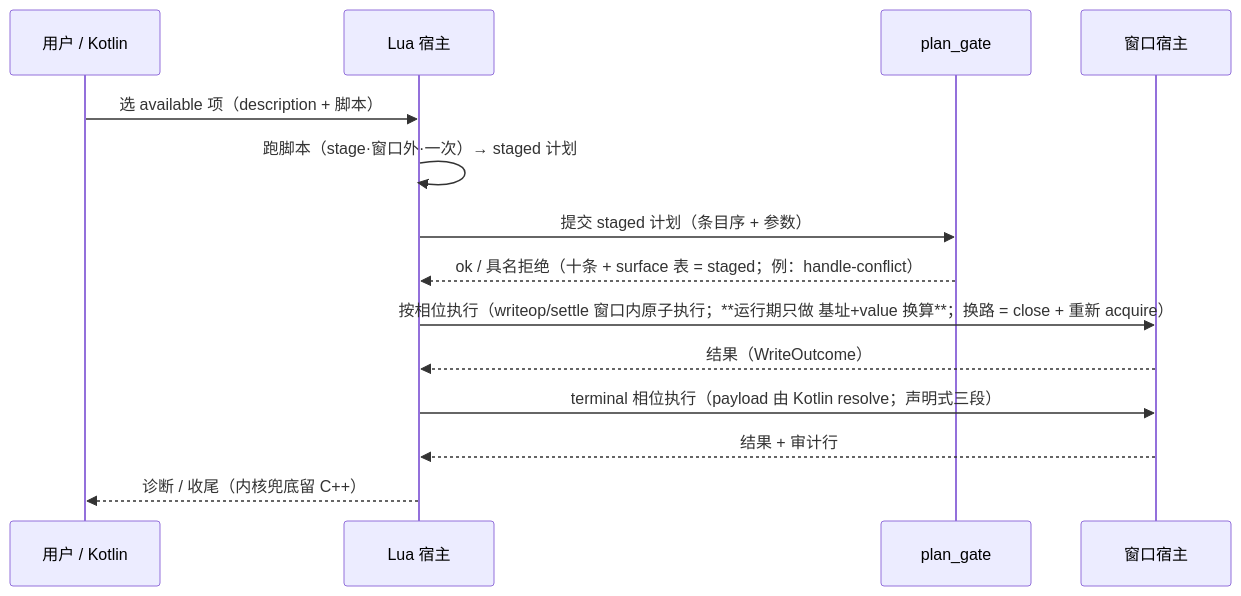
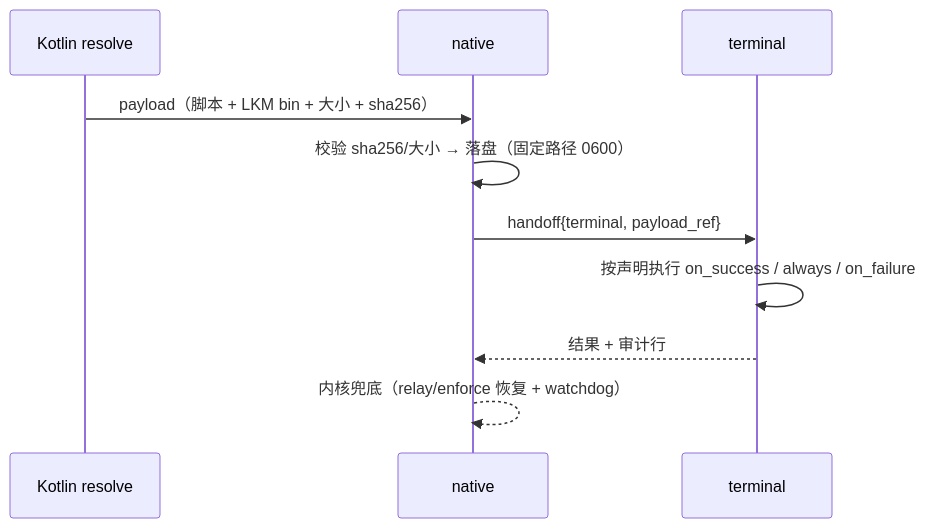
Before and after one commit to YuKongA/ghostlock-app: the tenth of 10 diagrams in docs/development/full-process-uml.md, drawn with Mermaid. The commit also changed other lines of this file and 4 other files, not shown here.

````diff
--- a/docs/development/full-process-uml.md
+++ b/docs/development/full-process-uml.md
@@ -827,16 +231,12 @@
 ```mermaid
 sequenceDiagram
-  participant U as 用户 / Kotlin
-  participant L as Lua 宿主
-  participant G as plan_gate
-  participant W as 窗口宿主
-  U->>L: 选 available 项（description + 脚本）
-  L->>L: 跑脚本（stage·窗口外·一次）→ staged 计划
-  L->>G: 提交 staged 计划（条目序 + 参数）
-  G-->>L: ok / 具名拒绝（十条 + surface 表 = staged；例：handle-conflict）
-  L->>W: 按相位执行（writeop/settle 窗口内原子执行；**运行期只做 基址+value 换算**；换路 = close + 重新 acquire）
-  W-->>L: 结果（WriteOutcome）
-  L->>W: terminal 相位执行（payload 由 Kotlin resolve；声明式三段）
-  W-->>L: 结果 + 审计行
-  L-->>U: 诊断 / 收尾（内核兜底留 C++）
+  participant K as Kotlin resolve
+  participant N as native
+  participant T as terminal
+  K->>N: payload（脚本 + LKM bin + 大小 + sha256）
+  N->>N: 校验 sha256/大小 → 落盘（固定路径 0600）
+  N->>T: handoff{terminal, payload_ref}
+  T->>T: 按声明执行 on_success / always / on_failure
+  T-->>N: 结果 + 审计行
+  N-->>N: 内核兜底（relay/enforce 恢复 + watchdog）
 ```
````
